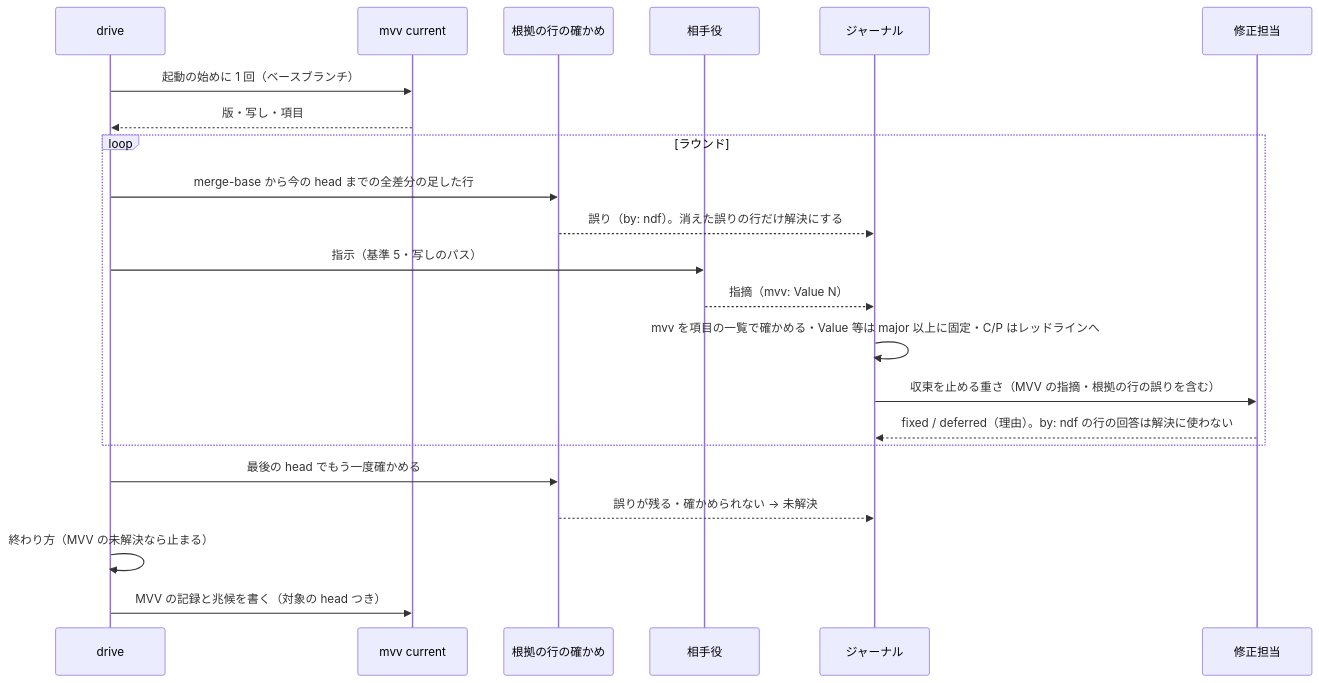
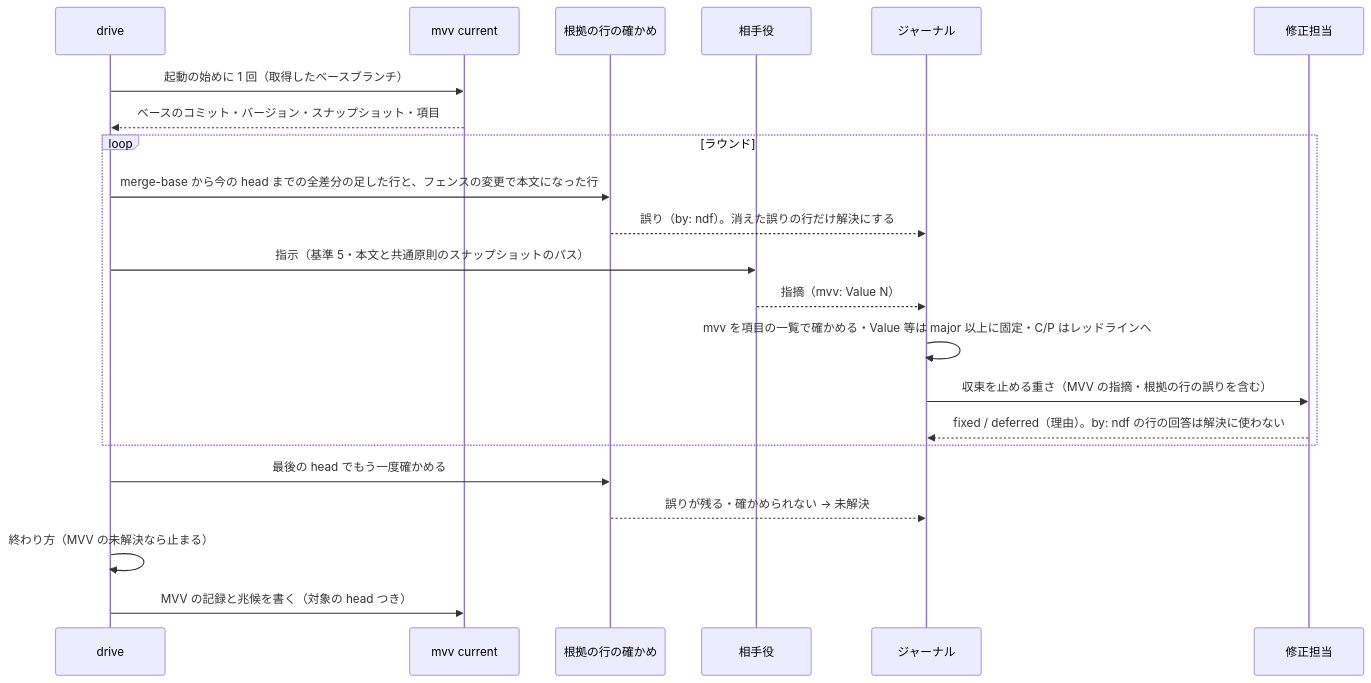
One commit to devbasex/ai-plugins changed the third of 3 diagrams in issues/issue-4076-design.md. Above: the diagram before and after it, drawn with Mermaid. The commit also changed other lines of this file and 1 other file, not shown here.

````diff
--- a/issues/issue-4076-design.md
+++ b/issues/issue-4076-design.md
@@ -126,24 +151,24 @@
 ```mermaid
 sequenceDiagram
   participant D as drive
   participant M as mvv current
   participant K as 根拠の行の確かめ
   participant R as 相手役
   participant J as ジャーナル
   participant F as 修正担当
-  D->>M: 起動の始めに 1 回（ベースブランチ）
-  M-->>D: 版・写し・項目
+  D->>M: 起動の始めに 1 回（取得したベースブランチ）
+  M-->>D: ベースのコミット・バージョン・スナップショット・項目
   loop ラウンド
-    D->>K: merge-base から今の head までの全差分の足した行
+    D->>K: merge-base から今の head までの全差分の足した行と、フェンスの変更で本文になった行
     K-->>J: 誤り（by: ndf）。消えた誤りの行だけ解決にする
-    D->>R: 指示（基準 5・写しのパス）
+    D->>R: 指示（基準 5・本文と共通原則のスナップショットのパス）
     R-->>J: 指摘（mvv: Value N）
     J->>J: mvv を項目の一覧で確かめる・Value 等は major 以上に固定・C/P はレッドラインへ
     J->>F: 収束を止める重さ（MVV の指摘・根拠の行の誤りを含む）
     F-->>J: fixed / deferred（理由）。by: ndf の行の回答は解決に使わない
   end
   D->>K: 最後の head でもう一度確かめる
   K-->>J: 誤りが残る・確かめられない → 未解決
   D->>D: 終わり方（MVV の未解決なら止まる）
   D->>M: MVV の記録と兆候を書く（対象の head つき）
 ```
````
